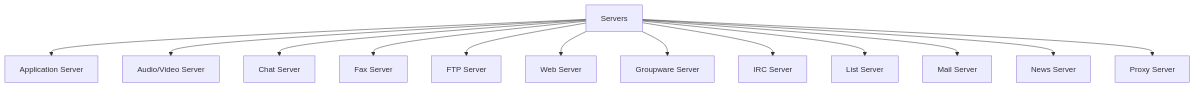
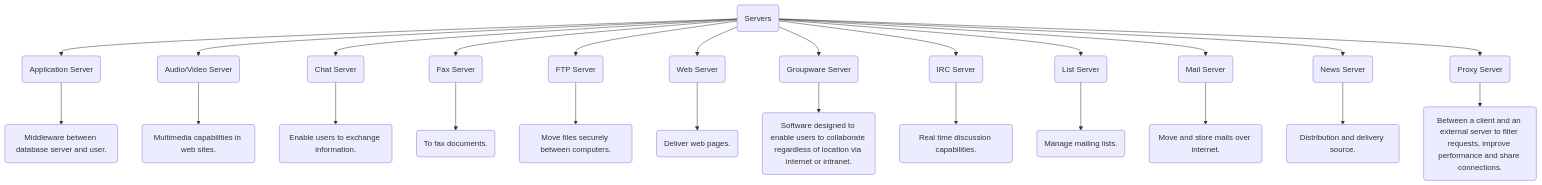
The first of 2 diagrams in IT/Classes_Notes/2022-09-17_Client_Server_Model.md (bionicop/Digital-Garden), drawn with Mermaid before and after one commit. The commit also changed other lines of this file and 1 other file, not shown here.

Commit message:
vault backup: 2022-09-17 18:39:52

````diff
--- a/IT/Classes_Notes/2022-09-17_Client_Server_Model.md
+++ b/IT/Classes_Notes/2022-09-17_Client_Server_Model.md
@@ -31,16 +32,15 @@
 ```mermaid
 graph TD
-
-    A[Servers] --> B[Application Server]
-    A[Servers] --> C[Audio/Video Server]
-    A[Servers] --> D[Chat Server]
-    A[Servers] --> E[Fax Server]
-    A[Servers] --> F[FTP Server]
-    A[Servers] --> G[Web Server]
-    A[Servers] --> H[Groupware Server]
-    A[Servers] --> I[IRC Server]
-    A[Servers] --> J[List Server]
-    A[Servers] --> K[Mail Server]
-    A[Servers] --> L[News Server]
-    A[Servers] --> M[Proxy Server]
+    A(Servers) --> B(Application Server) --> 1(Middleware between database server and user.)
+    A --> C(Audio/Video Server) --> 2(Multimedia capabilities in web sites.)
+    A --> D(Chat Server) --> 3(Enable users to exchange information.)
+    A --> E(Fax Server) --> 4(To fax documents.)
+    A --> F(FTP Server) --> 5(Move files securely between computers.)
+    A --> G(Web Server) --> 6(Deliver web pages.)
+    A --> H(Groupware Server) --> 7(Software designed to enable users to collaborate regardless of location via internet or intranet.)
+    A --> I(IRC Server) --> 8(Real time discussion capabilities.)
+    A --> J(List Server) --> 9(Manage mailing lists.)
+    A --> K(Mail Server) --> 10(Move and store mails over internet.)
+    A --> L(News Server) --> 11(Distribution and delivery source.)
+    A --> M(Proxy Server) --> 12(Between a client and an external server to filter requests, improve performance and share connections.)
 ```
````
